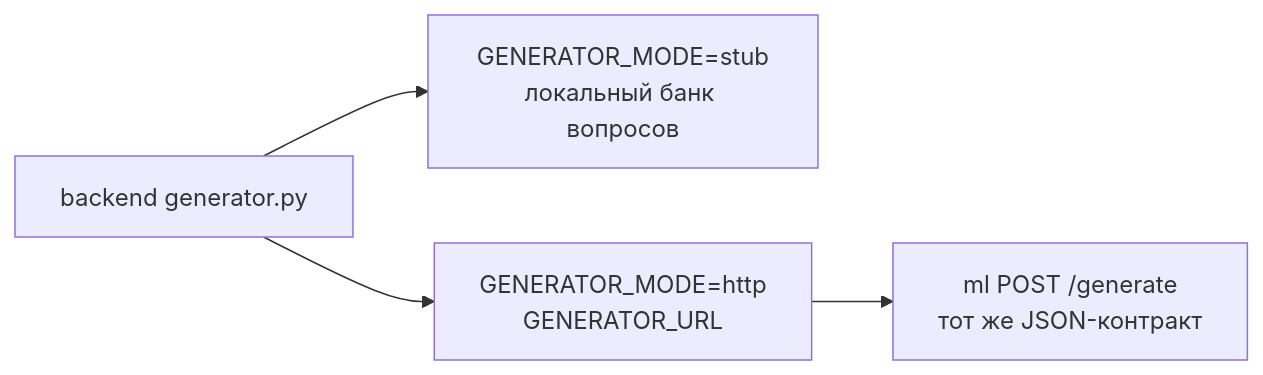
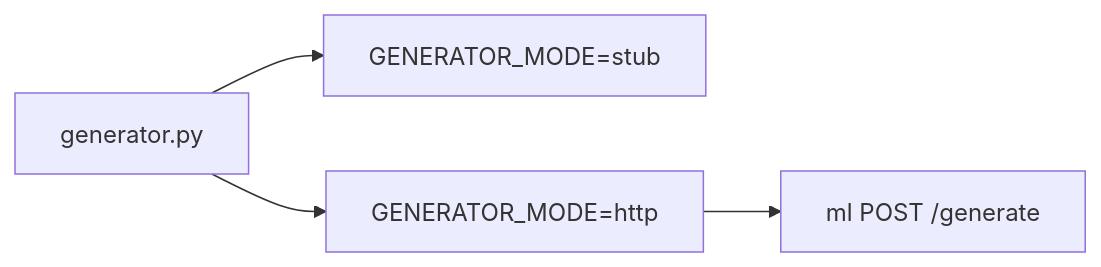
Before and after one commit to infinite-quiz/backend: the fifth of 5 diagrams in docs/architecture.md, drawn with Mermaid. The commit also changed other lines of this file and 3 other files, not shown here.

````diff
--- a/docs/architecture.md
+++ b/docs/architecture.md
@@ -88,10 +127,10 @@
 ```mermaid
 flowchart LR
-  BE["backend generator.py"]
-  Stub["GENERATOR_MODE=stub<br/>локальный банк вопросов"]
-  HTTP["GENERATOR_MODE=http<br/>GENERATOR_URL"]
-  ML["ml POST /generate<br/>тот же JSON-контракт"]
+  BE["generator.py"]
+  Stub["GENERATOR_MODE=stub"]
+  HTTP["GENERATOR_MODE=http"]
+  ML["ml POST /generate"]
 
   BE --> Stub
   BE --> HTTP --> ML
 ```
````
